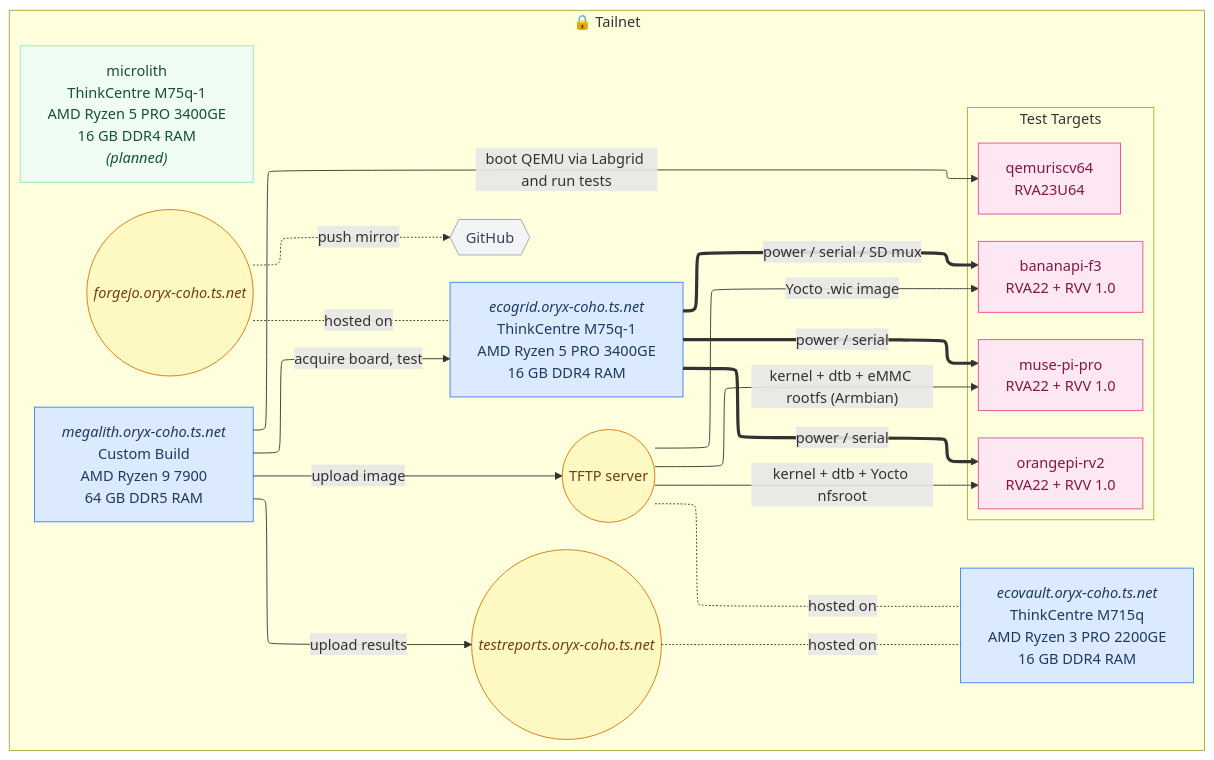
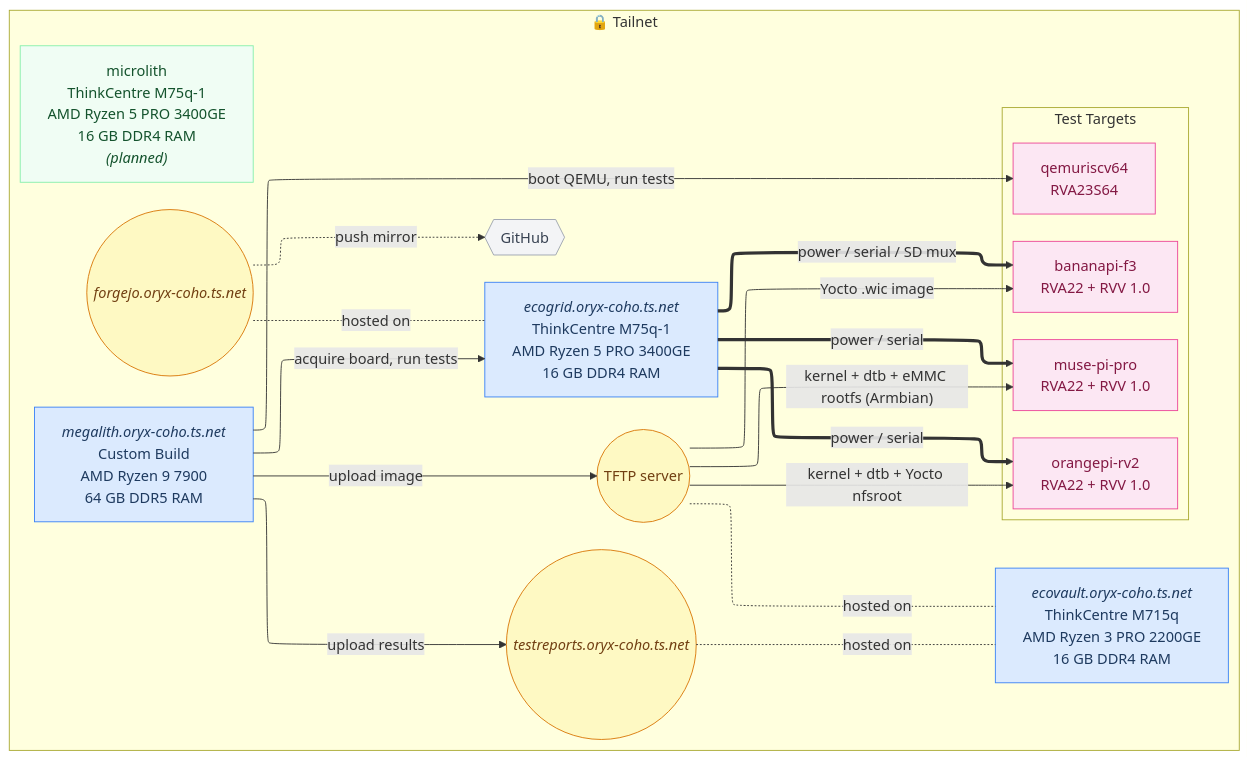
The diagram in docs/network.mmd (threexc/boardgarden), drawn with Mermaid before and after one commit. The commit also changed 3 other files, not shown here.

```diff
--- a/docs/network.mmd
+++ b/docs/network.mmd
@@ -1,48 +1,48 @@
 %%{init: {"theme": "default", "flowchart": {"htmlLabels": true, "nodeSpacing": 30, "rankSpacing": 60, "defaultRenderer": "elk"}, "themeVariables": {"fontSize": "16px"}} }%%flowchart LR
   subgraph tailnet["🔒 Tailnet"]
     ecogrid["<i>ecogrid.oryx-coho.ts.net</i><br/>ThinkCentre M75q-1<br/>AMD Ryzen 5 PRO 3400GE<br/>16 GB DDR4 RAM"]
     ecovault["<i>ecovault.oryx-coho.ts.net</i><br/>ThinkCentre M715q<br/>AMD Ryzen 3 PRO 2200GE<br/>16 GB DDR4 RAM"]
     runner1["<i>megalith.oryx-coho.ts.net</i><br/>Custom Build<br/>AMD Ryzen 9 7900<br/>64 GB DDR5 RAM"]
     runner2["microlith<br/>ThinkCentre M75q-1<br/>AMD Ryzen 5 PRO 3400GE<br/>16 GB DDR4 RAM<br/><i>(planned)</i>"]
     github{{"GitHub"}}
     svc_forgejo(("<i>forgejo.oryx-coho.ts.net</i>"))
     svc_tftp(("TFTP server"))
     svc_reports(("<i>testreports.oryx-coho.ts.net</i>"))
     subgraph boards["Test Targets"]
       direction TB
       board_1["bananapi-f3<br/>RVA22 + RVV 1.0"]
       board_2["muse-pi-pro<br/>RVA22 + RVV 1.0"]
       board_3["orangepi-rv2<br/>RVA22 + RVV 1.0"]
-      board_4["qemuriscv64<br/>RVA23U64"]
+      board_4["qemuriscv64<br/>RVA23S64"]
     end
   end
 
   %% ── Hosted-on relationships ──
   svc_forgejo -.-|hosted on| ecogrid
   svc_tftp -.-|hosted on| ecovault
   svc_reports -.-|hosted on| ecovault
 
   %% ── Links ──
   ecogrid ==>|"power / serial / SD mux"| board_1
   ecogrid ==>|"power / serial"| board_2
   ecogrid ==>|"power / serial"| board_3
   svc_forgejo -..->|"push mirror"| github
-  runner1 -->|"acquire board, test"| ecogrid
+  runner1 -->|"acquire board, run tests"| ecogrid
   runner1 -->|"upload image"| svc_tftp
   runner1 -->|"upload results"| svc_reports
-  runner1 -->|"boot QEMU via Labgrid and run tests"| board_4
+  runner1 -->|"boot QEMU, run tests"| board_4
   svc_tftp -->|"Yocto .wic image"| board_1
   svc_tftp -->|"kernel + dtb + eMMC rootfs (Armbian)"| board_2
   svc_tftp -->|"kernel + dtb + Yocto nfsroot"| board_3
 
   %% ── Styles ──
   classDef machine fill:#dbeafe,stroke:#3b82f6,color:#1e3a5f
   class ecogrid,ecovault,runner1 machine
   classDef planned fill:#f0fdf4,stroke:#86efac,color:#14532d
   class runner2 planned
   classDef external fill:#f3f4f6,stroke:#9ca3af,color:#374151
   class github external
   classDef service fill:#fef9c3,stroke:#d97706,color:#713f12
   class svc_forgejo,svc_tftp,svc_reports service
   classDef board fill:#fce7f3,stroke:#ec4899,color:#831843
   class board_1,board_2,board_3,board_4 board
```
